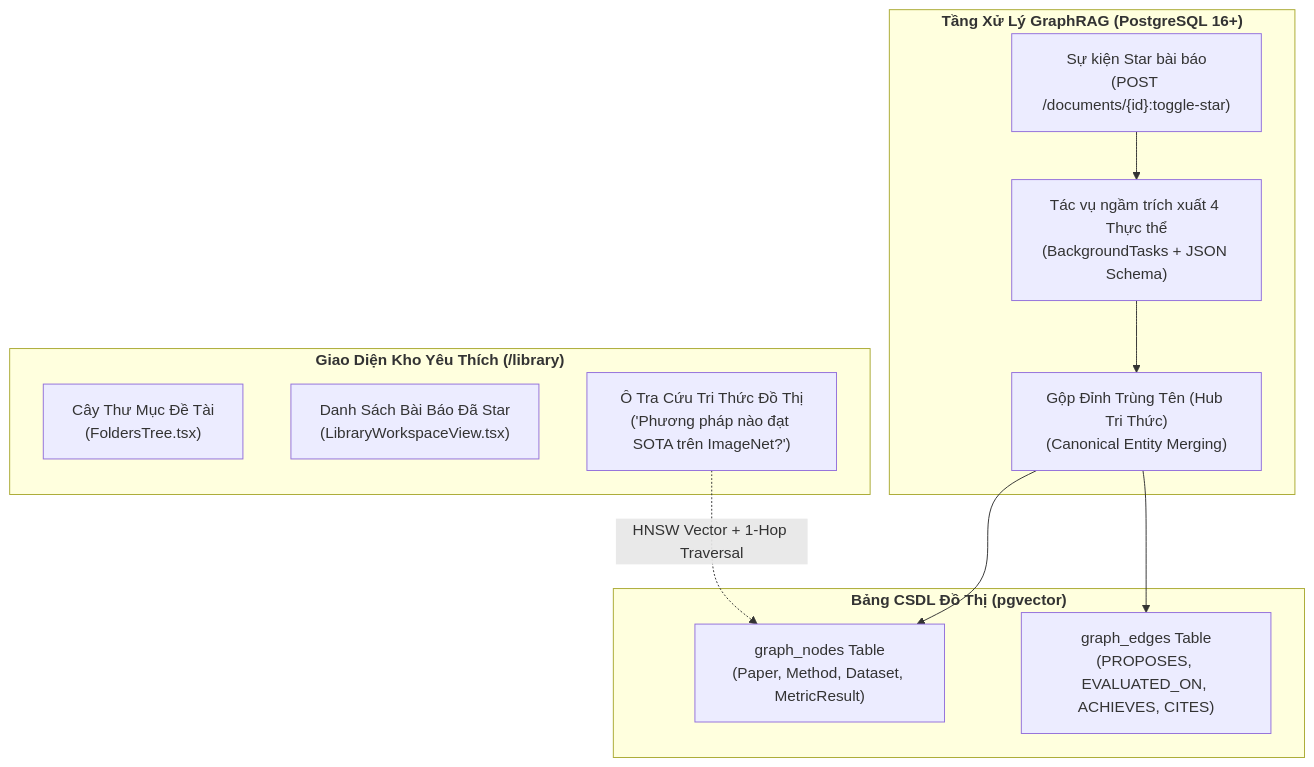
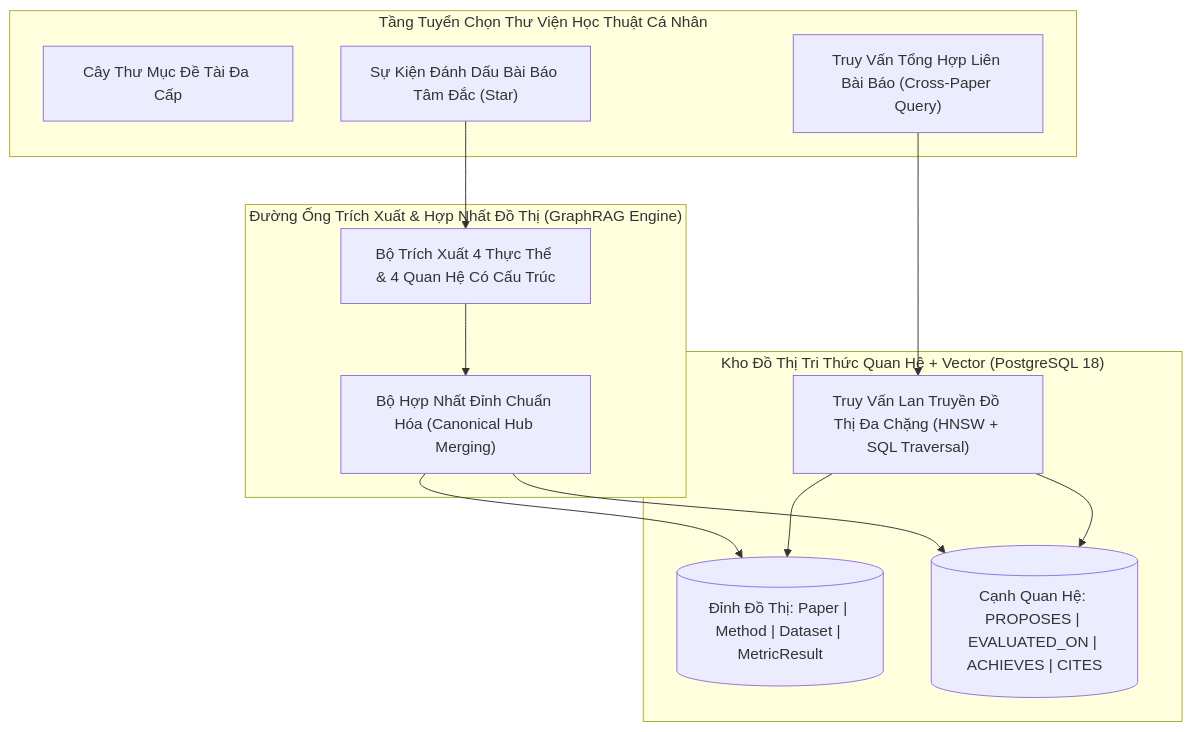
The first of 2 diagrams in docs/specs/05-favorite-library-and-graphrag-spec.md (dammanhdungvn/VeriScholar), drawn with Mermaid before and after one commit. The commit also changed other lines of this file and 21 other files, not shown here.

Commit message:
docs(diagrams): upgrade PRD and Spec Mermaid diagrams to paper-grade conceptual and UML standard

````diff
--- a/docs/specs/05-favorite-library-and-graphrag-spec.md
+++ b/docs/specs/05-favorite-library-and-graphrag-spec.md
@@ -36,25 +36,26 @@
 ```mermaid
 flowchart TD
-    subgraph LibraryUI ["<b>Giao Diện Kho Yêu Thích (/library)</b>"]
-        FolderTree["Cây Thư Mục Đề Tài<br/>(FoldersTree.tsx)"]
-        StarredList["Danh Sách Bài Báo Đã Star<br/>(LibraryWorkspaceView.tsx)"]
-        GraphQueryBox["Ô Tra Cứu Tri Thức Đồ Thị<br/>('Phương pháp nào đạt SOTA trên ImageNet?')"]
+    subgraph CurationLayer ["Tầng Tuyển Chọn Thư Viện Học Thuật Cá Nhân"]
+        FolderHierarchy["Cây Thư Mục Đề Tài Đa Cấp"]
+        StarTrigger["Sự Kiện Đánh Dấu Bài Báo Tâm Đắc (Star)"]
+        GraphQuery["Truy Vấn Tổng Hợp Liên Bài Báo (Cross-Paper Query)"]
     end
 
-    subgraph GraphEngine ["<b>Tầng Xử Lý GraphRAG (PostgreSQL 16+)</b>"]
-        StarTrigger["Sự kiện Star bài báo<br/>(POST /documents/{id}:toggle-star)"]
-        Extractor["Tác vụ ngầm trích xuất 4 Thực thể<br/>(BackgroundTasks + JSON Schema)"]
-        CanonicalMerge["Gộp Đỉnh Trùng Tên (Hub Tri Thức)<br/>(Canonical Entity Merging)"]
-        
-        StarTrigger --> Extractor --> CanonicalMerge
+    subgraph ExtractionPipeline ["Đường Ống Trích Xuất & Hợp Nhất Đồ Thị (GraphRAG Engine)"]
+        OntologyExtractor["Bộ Trích Xuất 4 Thực Thể & 4 Quan Hệ Có Cấu Trúc"]
+        CanonicalMerger["Bộ Hợp Nhất Đỉnh Chuẩn Hóa (Canonical Hub Merging)"]
+        StarTrigger --> OntologyExtractor --> CanonicalMerger
     end
 
-    subgraph PGGraphTables ["<b>Bảng CSDL Đồ Thị (pgvector)</b>"]
-        NodesTable["graph_nodes Table<br/>(Paper, Method, Dataset, MetricResult)"]
-        EdgesTable["graph_edges Table<br/>(PROPOSES, EVALUATED_ON, ACHIEVES, CITES)"]
-        
-        CanonicalMerge --> NodesTable
-        CanonicalMerge --> EdgesTable
-        GraphQueryBox -.->|HNSW Vector + 1-Hop Traversal| NodesTable
+    subgraph KnowledgeStore ["Kho Đồ Thị Tri Thức Quan Hệ + Vector (PostgreSQL 18)"]
+        GraphNodes[("Đỉnh Đồ Thị: Paper | Method | Dataset | MetricResult")]
+        GraphEdges[("Cạnh Quan Hệ: PROPOSES | EVALUATED_ON | ACHIEVES | CITES")]
+        SubgraphTraversal["Truy Vấn Lan Truyền Đồ Thị Đa Chặng (HNSW + SQL Traversal)"]
+
+        CanonicalMerger --> GraphNodes
+        CanonicalMerger --> GraphEdges
+        GraphQuery --> SubgraphTraversal
+        SubgraphTraversal --> GraphNodes
+        SubgraphTraversal --> GraphEdges
     end
 ```
````
